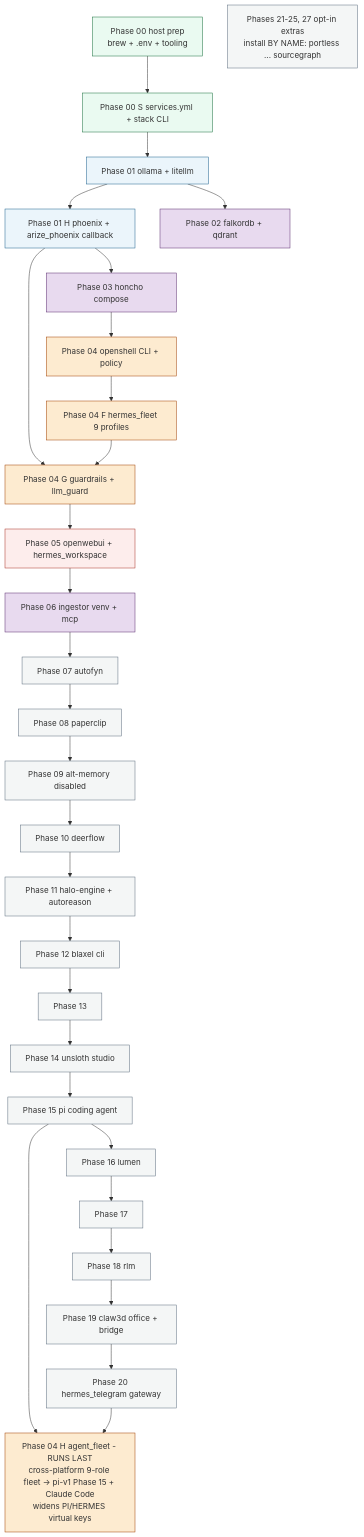
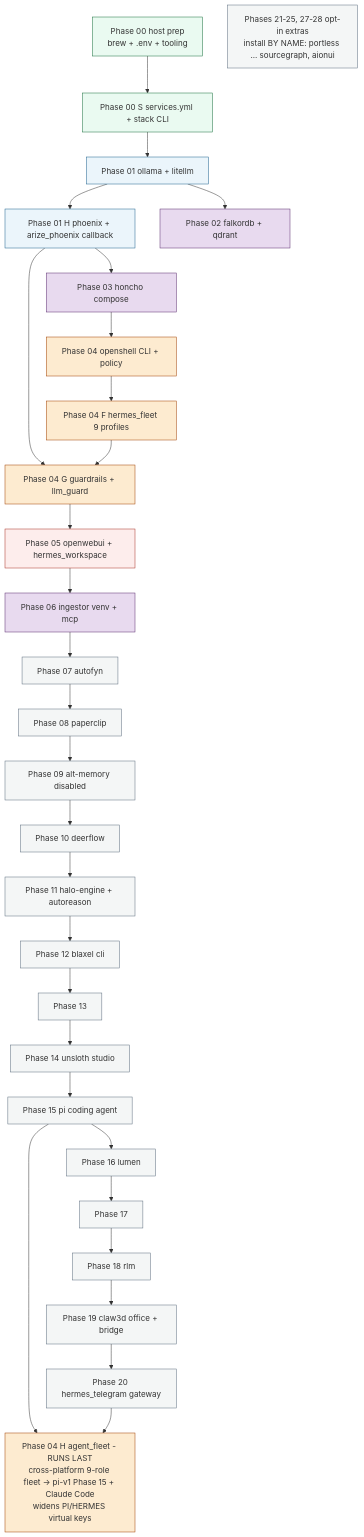
Before and after one commit to mayssamj/versatile-ai-stack: the sixth of 6 diagrams in doc/DEPENDENCIES.md, drawn with Mermaid. The commit also changed 14 other files, not shown here.

````diff
--- a/doc/DEPENDENCIES.md
+++ b/doc/DEPENDENCIES.md
@@ -365,49 +365,49 @@
 ```mermaid
 graph TD
   classDef host fill:#eafaf1,stroke:#196f3d
   classDef inf fill:#ebf5fb,stroke:#1f618d
   classDef store fill:#e8daef,stroke:#5b2c6f
   classDef sec fill:#fdebd0,stroke:#a04000
   classDef ui fill:#fdedec,stroke:#a93226
   classDef opt fill:#f4f6f6,stroke:#5d6d7e
 
   p00[Phase 00 host prep<br/>brew + .env + tooling]:::host
   p00s[Phase 00 S services.yml + stack CLI]:::host
   p01[Phase 01 ollama + litellm]:::inf
   p01h[Phase 01 H phoenix + arize_phoenix callback]:::inf
   p02[Phase 02 falkordb + qdrant]:::store
   p03[Phase 03 honcho compose]:::store
   p04[Phase 04 openshell CLI + policy]:::sec
   p04f[Phase 04 F hermes_fleet 9 profiles]:::sec
   p04g[Phase 04 G guardrails + llm_guard]:::sec
   p05[Phase 05 openwebui + hermes_workspace]:::ui
   p06[Phase 06 ingestor venv + mcp]:::store
   p07[Phase 07 autofyn]:::opt
   p08[Phase 08 paperclip]:::opt
   p09[Phase 09 alt-memory disabled]:::opt
   p10[Phase 10 deerflow]:::opt
   p11[Phase 11 halo-engine + autoreason]:::opt
   p12[Phase 12 blaxel cli]:::opt
   p13[Phase 13]:::opt
   p14[Phase 14 unsloth studio]:::opt
   p15[Phase 15 pi coding agent]:::opt
   p16[Phase 16 lumen]:::opt
   p17[Phase 17]:::opt
   p18[Phase 18 rlm]:::opt
   p19[Phase 19 claw3d office + bridge]:::opt
   p20[Phase 20 hermes_telegram gateway]:::opt
-  p21_26[Phases 21-25, 27 opt-in extras<br/>install BY NAME: portless ... sourcegraph]:::opt
+  p21_26[Phases 21-25, 27-28 opt-in extras<br/>install BY NAME: portless ... sourcegraph, aionui]:::opt
   p04h[Phase 04 H agent_fleet - RUNS LAST<br/>cross-platform 9-role fleet -> pi-v1 Phase 15 + Claude Code<br/>widens PI/HERMES virtual keys]:::sec
 
   p00 --> p00s --> p01 --> p01h
   p01 --> p02
   p01h --> p03
   p03 --> p04 --> p04f
   p01h --> p04g
   p04f --> p04g
   p04g --> p05
   p05 --> p06
   p06 --> p07 --> p08 --> p09 --> p10 --> p11 --> p12 --> p13 --> p14 --> p15 --> p16 --> p17 --> p18 --> p19 --> p20
   p15 --> p04h
   p20 --> p04h
 ```
````
